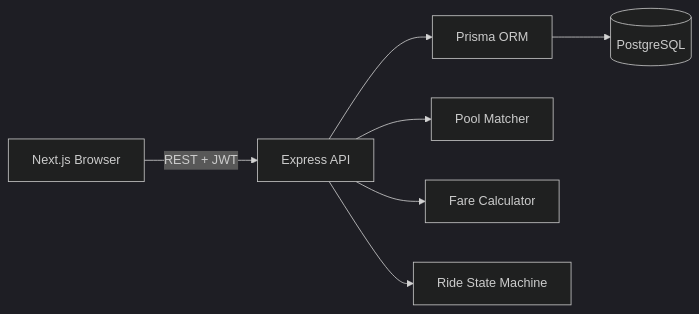
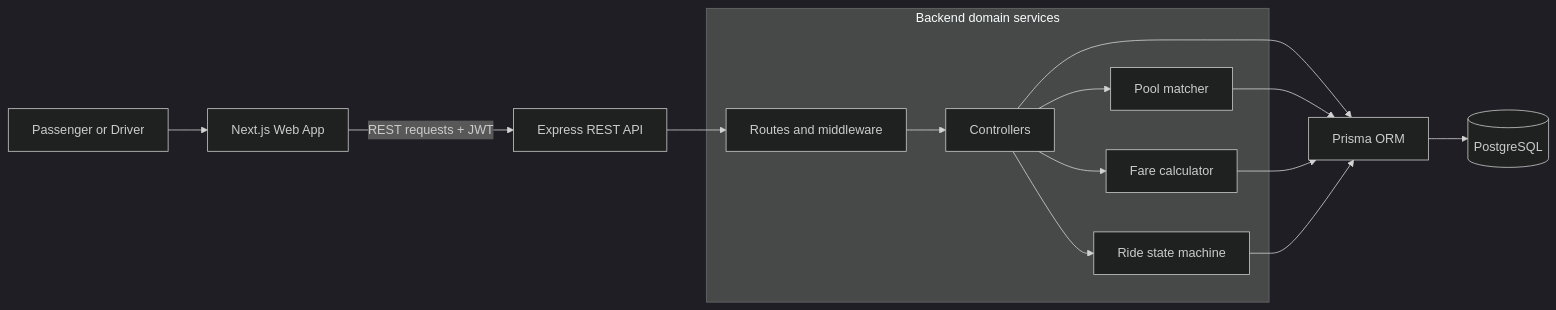
The first of 3 diagrams in README.md (Murad134/Dhaka-Tesla-Pool), drawn with Mermaid (dark theme) before and after one commit. The commit also changed other lines of this file and 11 other files, not shown here.

````diff
--- a/README.md
+++ b/README.md
@@ -46,9 +46,23 @@
 ```mermaid
 flowchart LR
-    Browser[Next.js Browser] -->|REST + JWT| API[Express API]
-    API --> Prisma[Prisma ORM]
+    User[Passenger or Driver] --> Web[Next.js Web App]
+    Web -->|REST requests + JWT| API[Express REST API]
+
+    subgraph Backend[Backend domain services]
+        Routes[Routes and middleware]
+        Controllers[Controllers]
+        Match[Pool matcher]
+        Fare[Fare calculator]
+        State[Ride state machine]
+    end
+
+    API --> Routes --> Controllers
+    Controllers --> Match
+    Controllers --> Fare
+    Controllers --> State
+    Controllers --> Prisma[Prisma ORM]
+    Match --> Prisma
+    Fare --> Prisma
+    State --> Prisma
     Prisma --> DB[(PostgreSQL)]
-    API --> Match[Pool Matcher]
-    API --> Fare[Fare Calculator]
-    API --> State[Ride State Machine]
 ```
````
